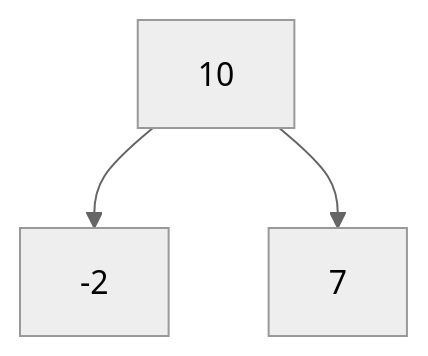
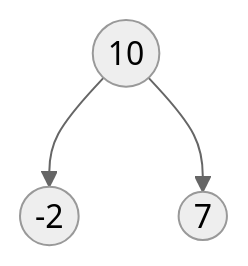
One commit to 3strategy/BeautifulMivney changed the second of 28 diagrams in cst/6binnode/Ex6a1binnode.md. Above: the diagram before and after it, drawn with Mermaid (neutral theme). The commit also changed other lines of this file and 3 other files, not shown here.

````diff
--- a/cst/6binnode/Ex6a1binnode.md
+++ b/cst/6binnode/Ex6a1binnode.md
@@ -50,5 +50,5 @@
     ```mermaid
     flowchart TB
-      A[10] --> B[-2]:::leaf
-      A --> C[7]:::leaf
+      A((10)) --> B(("-2")):::leaf
+      A --> C((7)):::leaf
     ```
````
